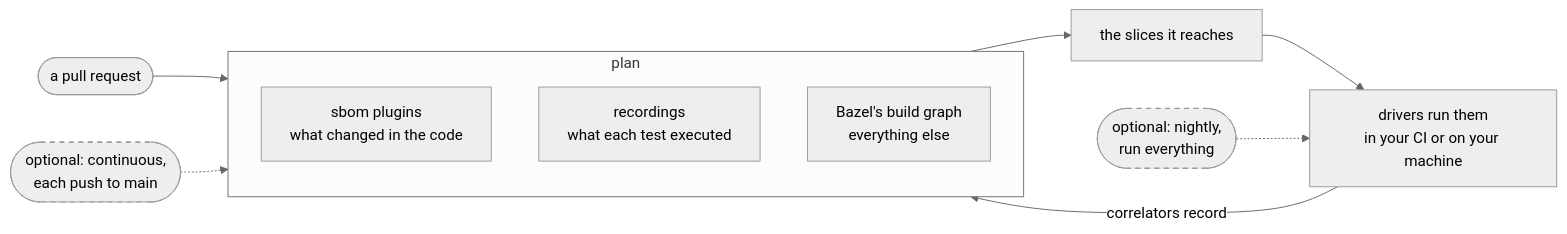
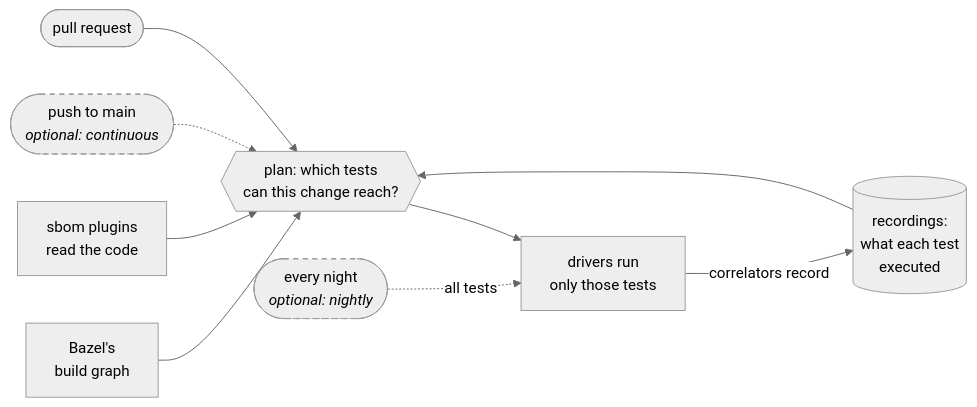
One commit to sideways-works/pipelinegen changed the diagram in README.md. Above: the diagram before and after it, drawn with Mermaid (neutral theme).

Commit message:
docs(readme): redraw the diagram without crossing arrows

````diff
--- a/README.md
+++ b/README.md
@@ -66,17 +66,13 @@
 ```mermaid
 flowchart LR
-    pr([a pull request]) --> plan
-    continuous([optional: continuous,<br/>each push to main]) -.-> plan
-    subgraph plan [plan]
-        direction TB
-        sbom[sbom plugins<br/>what changed in the code]
-        lists[recordings<br/>what each test executed]
-        bazel[Bazel's build graph<br/>everything else]
-    end
-    plan --> slices[the slices it reaches]
-    slices --> run[drivers run them<br/>in your CI or on your machine]
-    run -- correlators record --> lists
-    nightly([optional: nightly,<br/>run everything]) -.-> run
+    bazel[Bazel's<br/>build graph] --> plan
+    code[sbom plugins<br/>read the code] --> plan
+    continuous([push to main<br/><i>optional: continuous</i>]) -.-> plan
+    pr([pull request]) --> plan
+    recordings[(recordings:<br/>what each test<br/>executed)] --> plan
+    plan{{plan: which tests<br/>can this change reach?}} --> run[drivers run<br/>only those tests]
+    nightly([every night<br/><i>optional: nightly</i>]) -.->|all tests| run
+    run -->|correlators record| recordings
     classDef optional stroke-dasharray: 5 5
     class continuous,nightly optional
 ```
````
